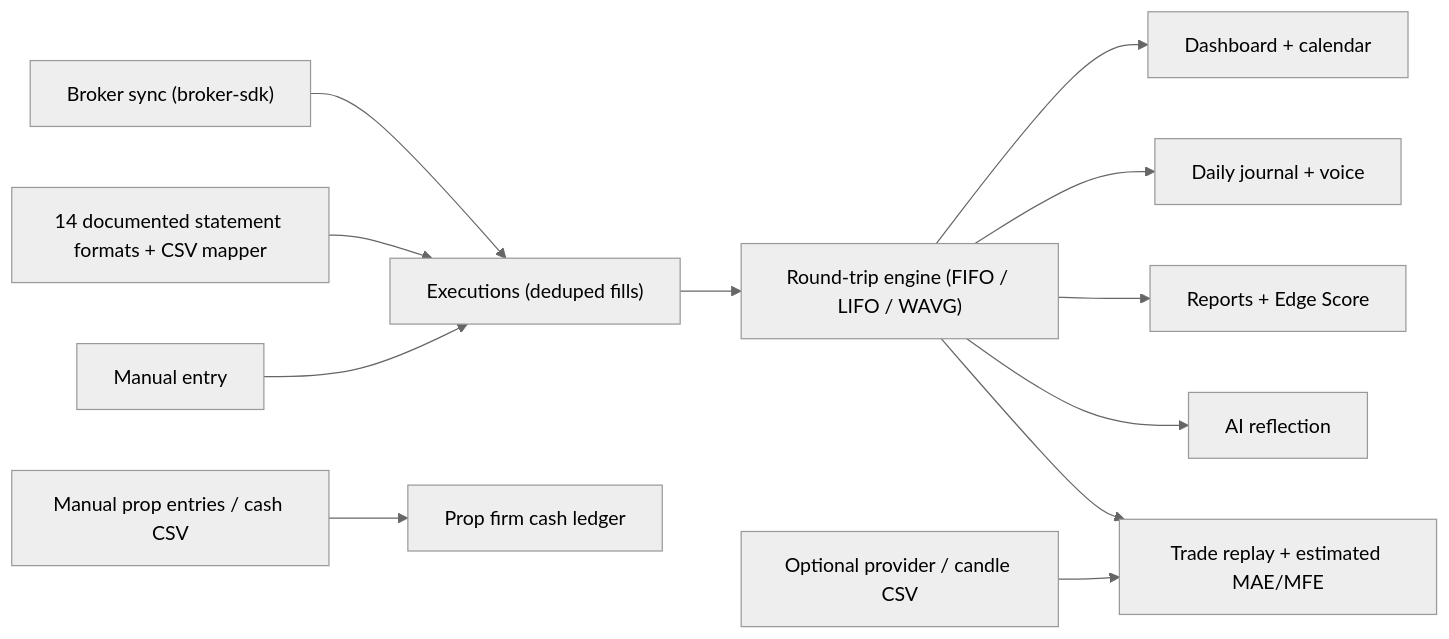
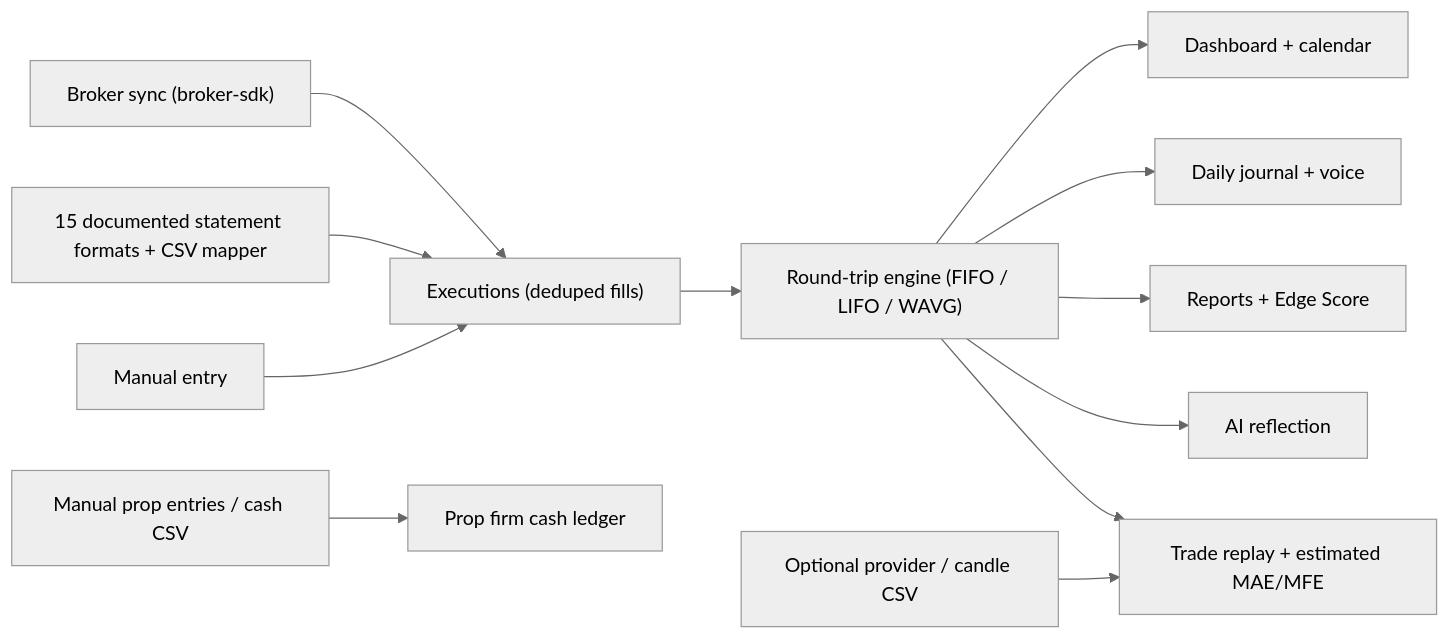
The diagram in README.md (LuxAlgo/trade-journal), drawn with Mermaid (neutral theme) before and after one commit. The commit also changed other lines of this file and 8 other files, not shown here.

````diff
--- a/README.md
+++ b/README.md
@@ -112,14 +112,14 @@
 ```mermaid
 flowchart LR
     BS["Broker sync (broker-sdk)"] --> EX["Executions (deduped fills)"]
-    IM["14 documented statement formats + CSV mapper"] --> EX
+    IM["15 documented statement formats + CSV mapper"] --> EX
     MN["Manual entry"] --> EX
     EX --> RT["Round-trip engine (FIFO / LIFO / WAVG)"]
     RT --> D["Dashboard + calendar"]
     RT --> J["Daily journal + voice"]
     RT --> R["Reports + Edge Score"]
     RT --> AI["AI reflection"]
     MD["Optional provider / candle CSV"] --> TR["Trade replay + estimated MAE/MFE"]
     RT --> TR
     PC["Manual prop entries / cash CSV"] --> PF["Prop firm cash ledger"]
 ```
````
